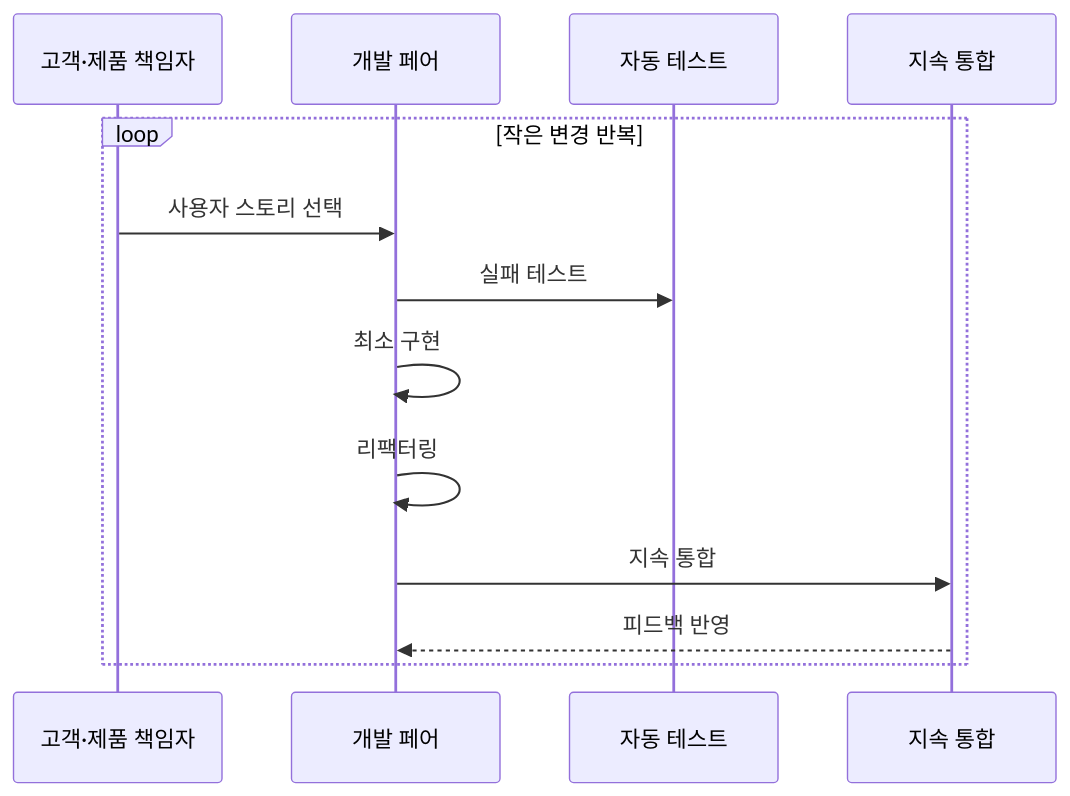
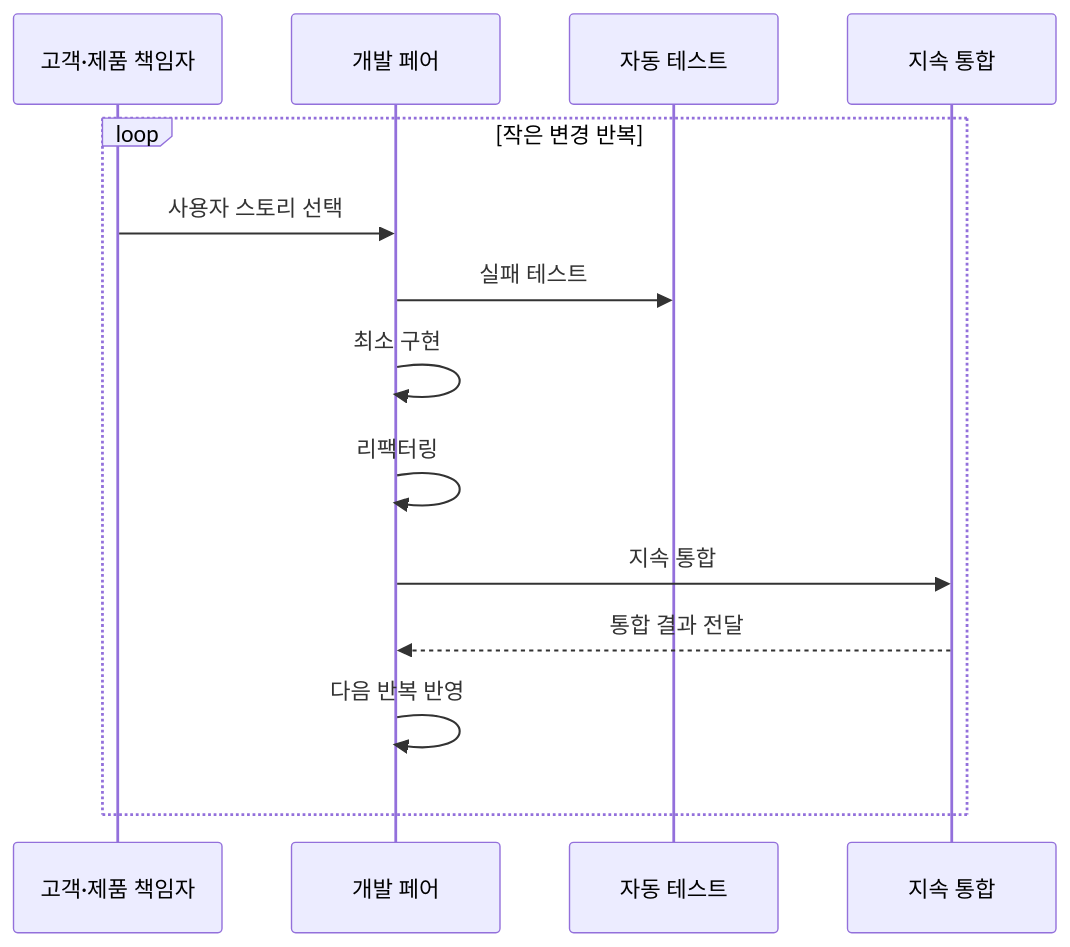
The diagram in src/content/docs/notes/03-software/034_extreme_programming.md (agnusdei1207/knowledge-base), drawn with Mermaid before and after one commit. The commit also changed other lines of this file and 27 other files, not shown here.

````diff
--- a/src/content/docs/notes/03-software/034_extreme_programming.md
+++ b/src/content/docs/notes/03-software/034_extreme_programming.md
@@ -74,15 +74,16 @@
 ```mermaid
 sequenceDiagram
     participant C as 고객·제품 책임자
     participant P as 개발 페어
     participant T as 자동 테스트
     participant I as 지속 통합
     loop 작은 변경 반복
         C->>P: 사용자 스토리 선택
         P->>T: 실패 테스트
         P->>P: 최소 구현
         P->>P: 리팩터링
         P->>I: 지속 통합
-        I-->>P: 피드백 반영
+        I-->>P: 통합 결과 전달
+        P->>P: 다음 반복 반영
     end
 ```
````
